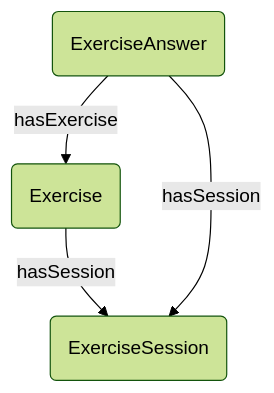
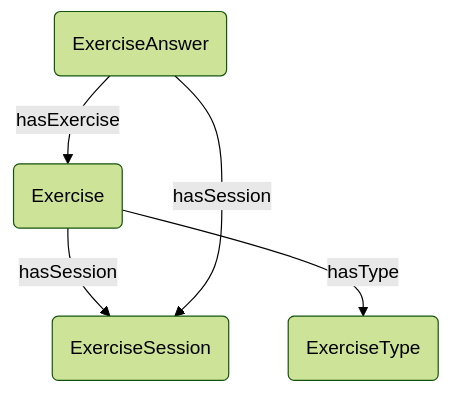
One commit to Explik/diybirdyapp changed diagram 12 of 17 in docs/graph-representation.md. Above: the diagram before and after it, drawn with Mermaid (forest theme). The commit also changed other lines of this file and 13 other files, not shown here.

Commit message:
Replacing exercise type property with a ExerciseTypeVertex. This will be used to enable exercise selection in learn session

````diff
--- a/docs/graph-representation.md
+++ b/docs/graph-representation.md
@@ -192,10 +192,12 @@
 ```mermaid
 graph TB
+ExerciseType(ExerciseType)
 Exercise(Exercise)
 ExerciseAnswer(ExerciseAnswer)
 ExerciseSession(ExerciseSession)
 
+Exercise--hasType-->ExerciseType
 Exercise--hasSession-->ExerciseSession
 ExerciseAnswer--hasSession-->ExerciseSession
 ExerciseAnswer--hasExercise-->Exercise
 ```
````
